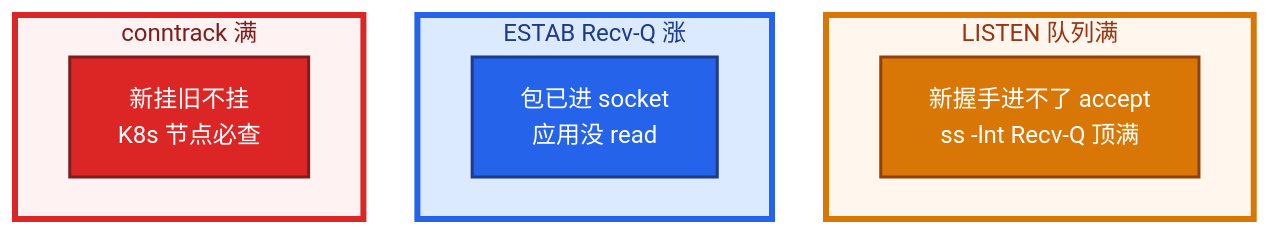
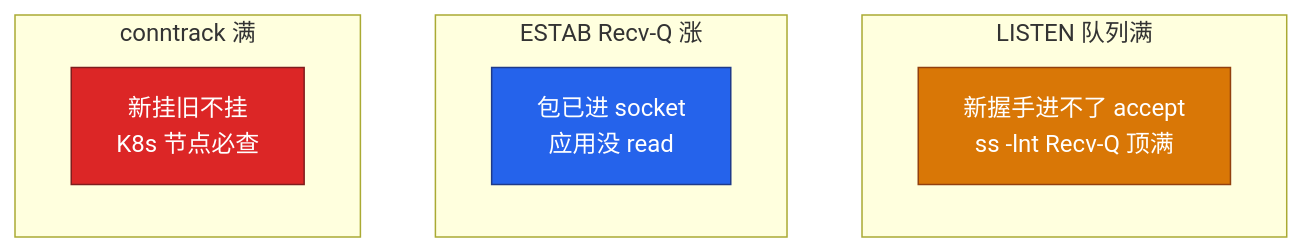
Before and after one commit to ml-cuizijun/LearnToLilith: the third of 9 diagrams in 02-基础底座/06-网络栈与Socket/知识点.md, drawn with Mermaid. The commit also changed other lines of this file and 213 other files, not shown here.

````diff
--- a/02-基础底座/06-网络栈与Socket/知识点.md
+++ b/02-基础底座/06-网络栈与Socket/知识点.md
@@ -132,24 +115,19 @@
 ```mermaid
-%%{init: {"flowchart": {"padding": 16, "nodeSpacing": 36, "rankSpacing": 48}, "theme": "base"}}%%
 flowchart TB
     subgraph listenQ ["LISTEN 队列满"]
         l1["新握手进不了 accept<br/>ss -lnt Recv-Q 顶满"]
     end
     subgraph estabQ ["ESTAB Recv-Q 涨"]
         e1["包已进 socket<br/>应用没 read"]
     end
     subgraph ctfull ["conntrack 满"]
         c1["新挂旧不挂<br/>K8s 节点必查"]
     end
 
-    classDef a fill:#D97706,stroke:#92400E,stroke-width:2px,color:#fff
-    classDef b fill:#2563EB,stroke:#1E3A8A,stroke-width:2px,color:#fff
-    classDef c fill:#DC2626,stroke:#7F1D1D,stroke-width:2px,color:#fff
+    classDef a fill:#D97706,stroke:#92400E,color:#fff
+    classDef b fill:#2563EB,stroke:#1E3A8A,color:#fff
+    classDef c fill:#DC2626,stroke:#7F1D1D,color:#fff
     class l1 a
     class e1 b
     class c1 c
-
-    style listenQ fill:#FFF7ED,stroke:#D97706,stroke-width:4px,color:#9A3412
-    style estabQ fill:#DBEAFE,stroke:#2563EB,stroke-width:4px,color:#1E3A8A
-    style ctfull fill:#FEF2F2,stroke:#DC2626,stroke-width:4px,color:#7F1D1D
 ```
````
